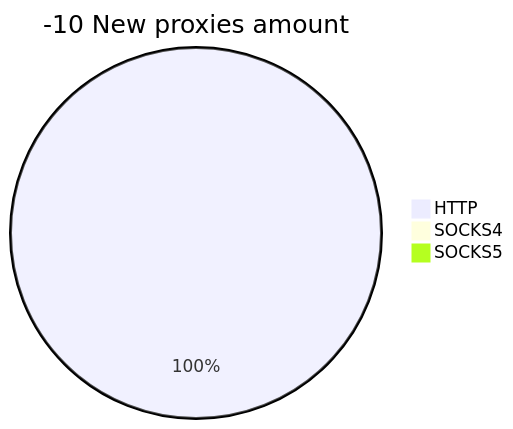
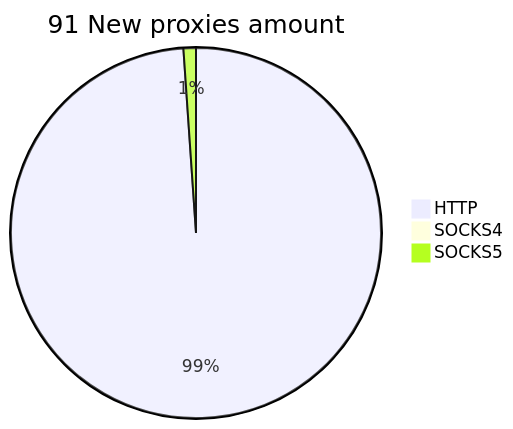
One commit to cutipu/proxylist changed the second of 2 diagrams in README.md. Above: the diagram before and after it, drawn with Mermaid. The commit also changed other lines of this file, not shown here.

````diff
--- a/README.md
+++ b/README.md
@@ -10,6 +10,6 @@
 ```mermaid
-pie title -10 New proxies amount
-    "HTTP" : 2
+pie title 91 New proxies amount
+    "HTTP" : 91
     "SOCKS4" : 0
-    "SOCKS5" : 0
+    "SOCKS5" : 1
 ```
````
